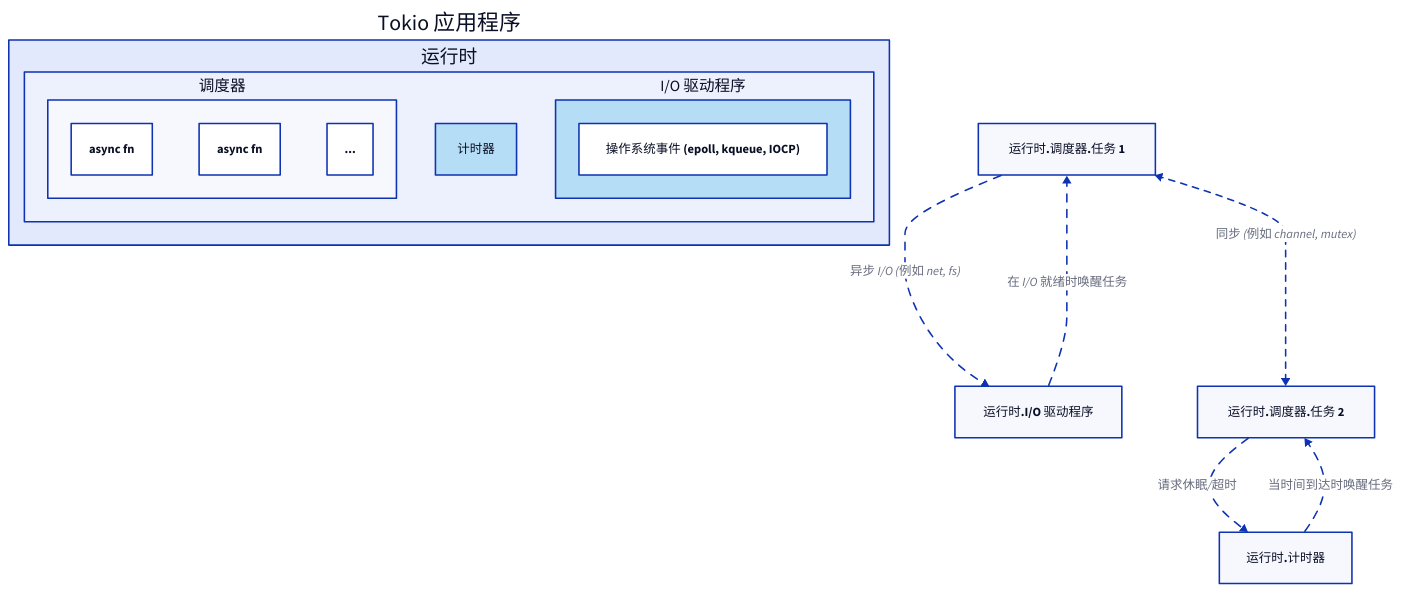
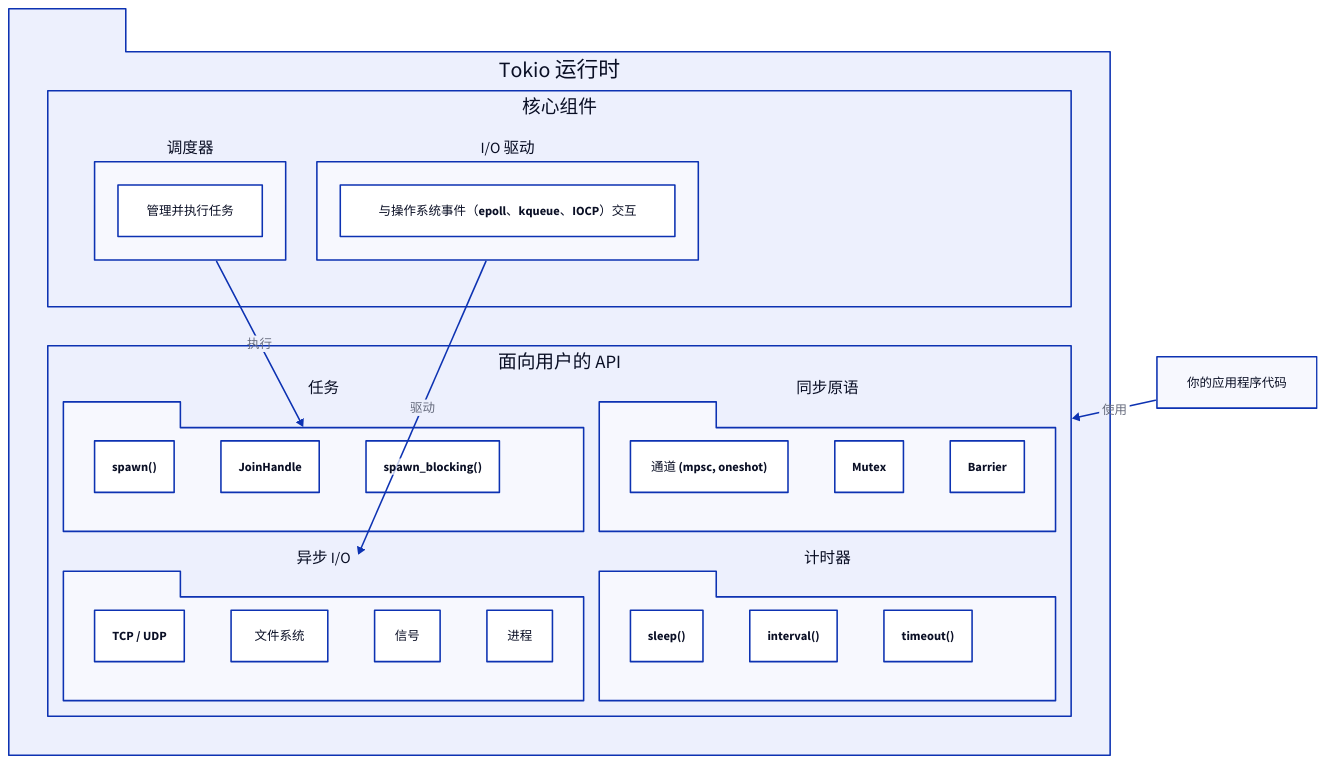
The diagram in .aigne/doc-smith/docs/concepts.zh.md (lban2049/tokio), drawn with D2 before and after one commit. The commit also changed other lines of this file and 42 other files, not shown here.

````diff
--- a/.aigne/doc-smith/docs/concepts.zh.md
+++ b/.aigne/doc-smith/docs/concepts.zh.md
@@ -7,30 +7,67 @@
 ```d2
 direction: down
 
-"Tokio 应用程序": {
-  "运行时": {
+"Tokio 运行时" {
+  shape: package
+  grid-columns: 1
+  grid-gap: 50
+
+  "核心组件" {
+    grid-columns: 2
+
     "调度器": {
-      "任务 1": "async fn"
-      "任务 2": "async fn"
-      "任务 N": "..."
+      shape: rectangle
+      "管理并执行任务"
     }
 
-    "I/O 驱动程序": {
-      style.fill: "#B6DDF6"
-      "操作系统事件 (epoll, kqueue, IOCP)"
+    "I/O 驱动": {
+      shape: rectangle
+      "与操作系统事件（epoll、kqueue、IOCP）交互"
+    }
+  }
+
+  "面向用户的 API" {
+    grid-columns: 2
+    grid-gap: 20
+
+    "任务": {
+      shape: package
+      "spawn()"
+      "JoinHandle"
+      "spawn_blocking()"
+    }
+
+    "异步 I/O": {
+      shape: package
+      "TCP / UDP"
+      "文件系统"
+      "信号"
+      "进程"
+    }
+
+    "同步原语": {
+      shape: package
+      "通道 (mpsc, oneshot)"
+      "Mutex"
+      "Barrier"
     }
 
     "计时器": {
-      style.fill: "#B6DDF6"
+      shape: package
+      "sleep()"
+      "interval()"
+      "timeout()"
     }
   }
+
+  "核心组件".调度器 -> "面向用户的 API".任务: "执行"
+  "核心组件"."I/O 驱动" -> "面向用户的 API"."异步 I/O": "驱动"
 }
 
-"运行时.调度器.任务 1" -> "运行时.I/O 驱动程序": "异步 I/O (例如 net, fs)" { style.animated: true }
-"运行时.I/O 驱动程序" -> "运行时.调度器.任务 1": "在 I/O 就绪时唤醒任务" { style.animated: true }
+"你的应用程序代码" {
+  shape: rectangle
+}
 
-"运行时.调度器.任务 2" -> "运行时.计时器": "请求休眠/超时" { style.animated: true }
-"运行时.计时器" -> "运行时.调度器.任务 2": "当时间到达时唤醒任务" { style.animated: true }
+"你的应用程序代码" -> "Tokio 运行时"."面向用户的 API": "使用"
 
-"运行时.调度器.任务 1" <-> "运行时.调度器.任务 2": "同步 (例如 channel, mutex)" { style.stroke-dash: 4 }
 ```
````
